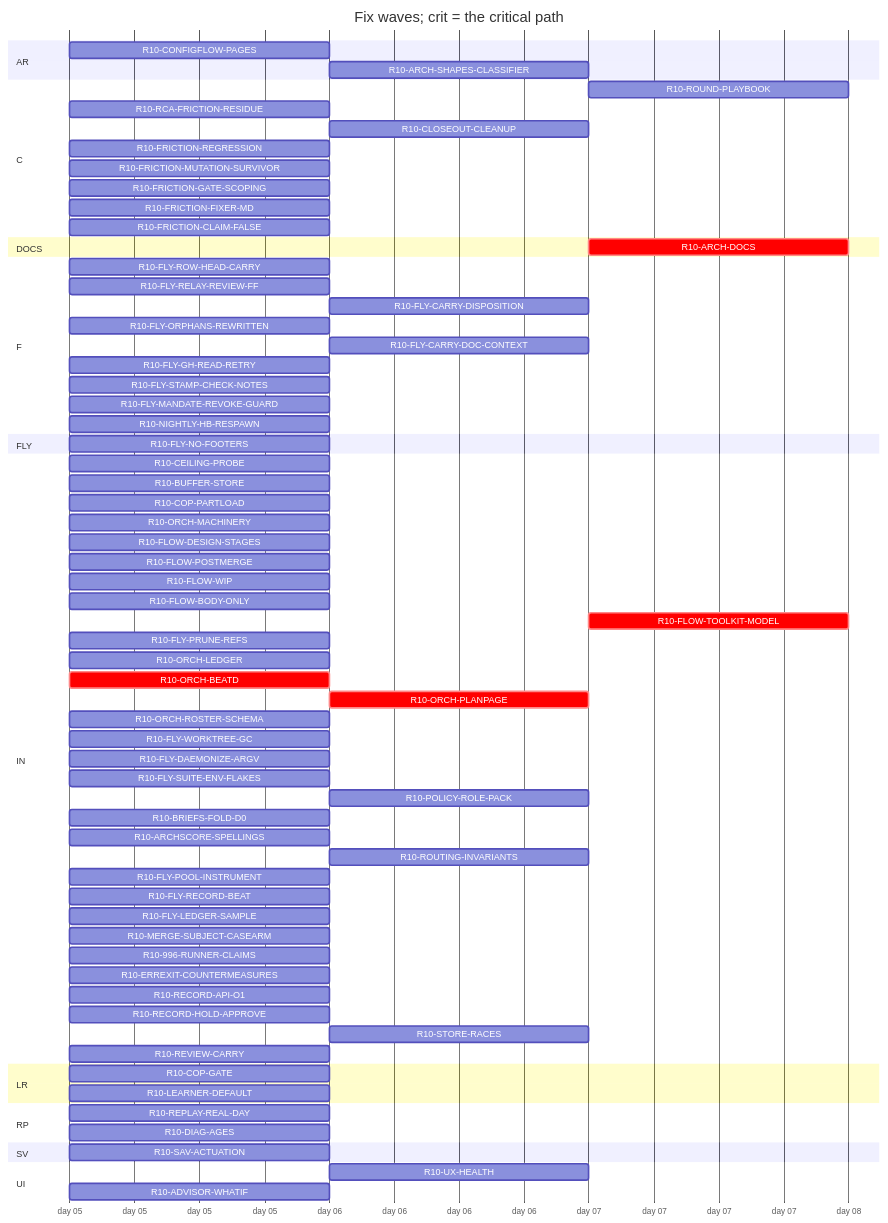
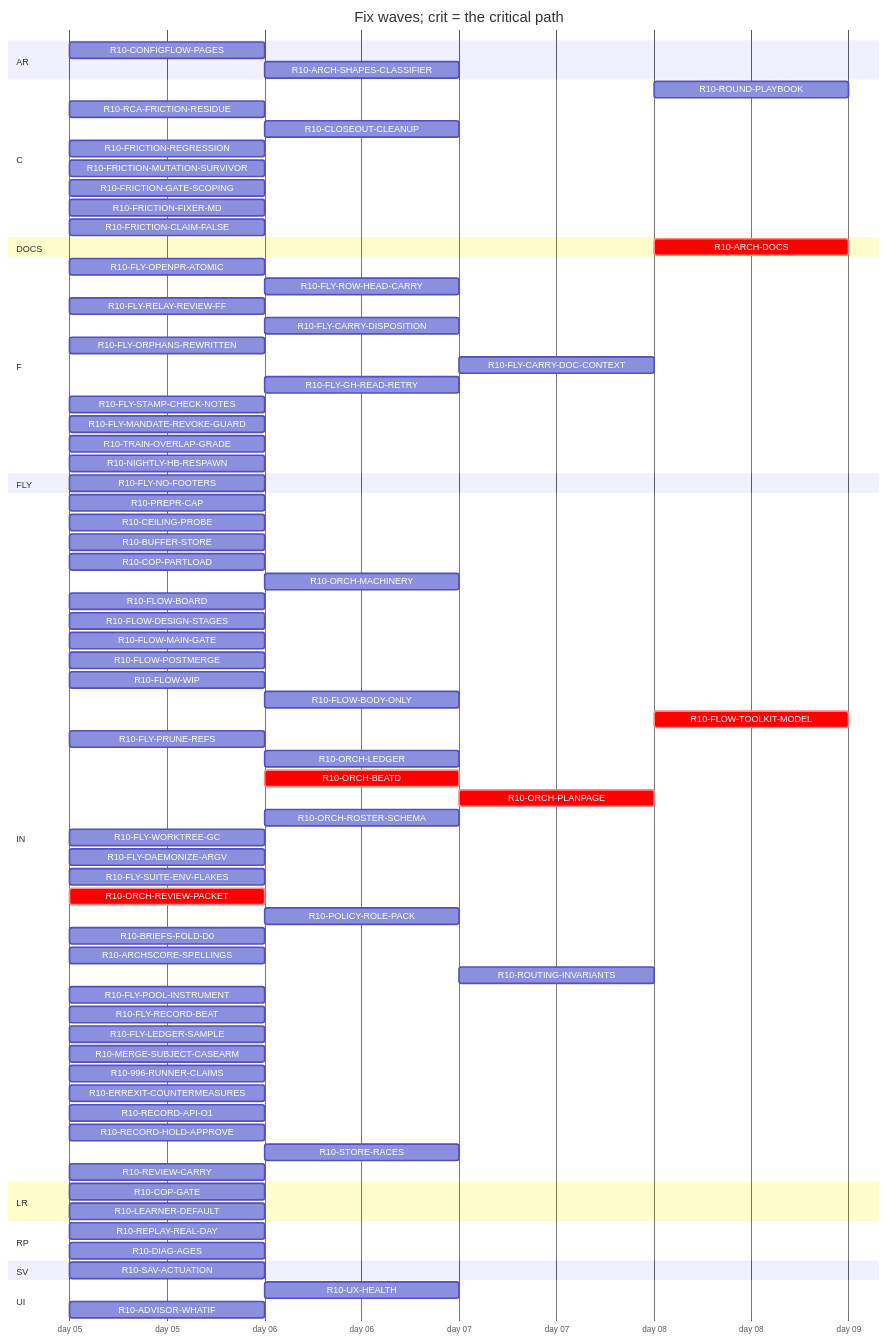
The diagram in handoff/round10/state/PLAN-TABLE.md (tvofi/heatpump_optimizer), drawn with Mermaid before and after one commit. The commit also changed other lines of this file and 3 other files, not shown here.

Commit message:
state: FLOW-BOARD.md, NEXT-SESSION-PROMPT.md, PLAN-TABLE.md, RESUME-CURRENT.md regenerated (state_docs.py)

````diff
--- a/handoff/round10/state/PLAN-TABLE.md
+++ b/handoff/round10/state/PLAN-TABLE.md
@@ -23,75 +23,81 @@
 ```mermaid
 gantt
   title Fix waves; crit = the critical path
   dateFormat YYYY-MM-DD
   axisFormat day %d
   section AR
     R10-CONFIGFLOW-PAGES :r10CONFIGFLOWPAGES, 2026-01-05, 1d
     R10-ARCH-SHAPES-CLASSIFIER :r10ARCHSHAPESCLASSIFIER, after r10996RUNNERCLAIMS, 1d
   section C
-    R10-ROUND-PLAYBOOK :r10ROUNDPLAYBOOK, after r10ORCHLEDGER r10ORCHBEATD r10ORCHPLANPAGE r10FLYRELAYREVIEWFF r10FLOWBODYONLY, 1d
+    R10-ROUND-PLAYBOOK :r10ROUNDPLAYBOOK, after r10ORCHLEDGER r10ORCHBEATD r10ORCHPLANPAGE r10FLOWMAINGATE r10FLYRELAYREVIEWFF r10FLOWBODYONLY, 1d
     R10-RCA-FRICTION-RESIDUE :r10RCAFRICTIONRESIDUE, 2026-01-05, 1d
     R10-CLOSEOUT-CLEANUP :r10CLOSEOUTCLEANUP, after r10FLYPRUNEREFS r10FLYWORKTREEGC, 1d
     R10-FRICTION-REGRESSION :r10FRICTIONREGRESSION, 2026-01-05, 1d
     R10-FRICTION-MUTATION-SURVIVOR :r10FRICTIONMUTATIONSURVIVOR, 2026-01-05, 1d
     R10-FRICTION-GATE-SCOPING :r10FRICTIONGATESCOPING, 2026-01-05, 1d
     R10-FRICTION-FIXER-MD :r10FRICTIONFIXERMD, 2026-01-05, 1d
     R10-FRICTION-CLAIM-FALSE :r10FRICTIONCLAIMFALSE, 2026-01-05, 1d
   section DOCS
-    R10-ARCH-DOCS :crit, r10ARCHDOCS, after r10COPGATE r10UXHEALTH r10CONFIGFLOWPAGES r10CEILINGPROBE r10BUFFERSTORE r10COPPARTLOAD r10LEARNERDEFAULT r10FLOWDESIGNSTAGES r10FLOWPOSTMERGE r10FLOWWIP r10FLOWBODYONLY r10FLYROWHEADCARRY r10FLYRELAYREVIEWFF r10FLYCARRYDISPOSITION r10FLYORPHANSREWRITTEN r10FLYCARRYDOCCONTEXT r10FLOWTOOLKITMODEL r10FLYSTAMPCHECKNOTES r10FLYMANDATEREVOKEGUARD r10RCAFRICTIONRESIDUE r10NIGHTLYHBRESPAWN r10FLYPRUNEREFS r10ORCHLEDGER r10ORCHBEATD r10ORCHPLANPAGE r10ORCHROSTERSCHEMA r10FLYWORKTREEGC r10FLYDAEMONIZEARGV r10POLICYROLEPACK r10BRIEFSFOLDD0 r10REPLAYREALDAY r10ARCHSCORESPELLINGS r10SAVACTUATION r10FLYLEDGERSAMPLE, 1d
+    R10-ARCH-DOCS :crit, r10ARCHDOCS, after r10COPGATE r10UXHEALTH r10CONFIGFLOWPAGES r10CEILINGPROBE r10BUFFERSTORE r10COPPARTLOAD r10LEARNERDEFAULT r10FLOWBOARD r10FLOWDESIGNSTAGES r10FLOWPOSTMERGE r10FLOWWIP r10FLOWBODYONLY r10FLYOPENPRATOMIC r10FLYROWHEADCARRY r10FLYRELAYREVIEWFF r10FLYCARRYDISPOSITION r10FLYORPHANSREWRITTEN r10FLYCARRYDOCCONTEXT r10FLOWTOOLKITMODEL r10FLYSTAMPCHECKNOTES r10FLYMANDATEREVOKEGUARD r10RCAFRICTIONRESIDUE r10TRAINOVERLAPGRADE r10NIGHTLYHBRESPAWN r10FLYPRUNEREFS r10ORCHLEDGER r10ORCHBEATD r10ORCHPLANPAGE r10ORCHROSTERSCHEMA r10FLYWORKTREEGC r10FLYDAEMONIZEARGV r10ORCHREVIEWPACKET r10POLICYROLEPACK r10BRIEFSFOLDD0 r10REPLAYREALDAY r10ARCHSCORESPELLINGS r10SAVACTUATION r10FLYLEDGERSAMPLE, 1d
   section F
-    R10-FLY-ROW-HEAD-CARRY :r10FLYROWHEADCARRY, 2026-01-05, 1d
+    R10-FLY-OPENPR-ATOMIC :r10FLYOPENPRATOMIC, 2026-01-05, 1d
+    R10-FLY-ROW-HEAD-CARRY :r10FLYROWHEADCARRY, after r10FLYOPENPRATOMIC, 1d
     R10-FLY-RELAY-REVIEW-FF :r10FLYRELAYREVIEWFF, 2026-01-05, 1d
     R10-FLY-CARRY-DISPOSITION :r10FLYCARRYDISPOSITION, after r10FLYORPHANSREWRITTEN, 1d
     R10-FLY-ORPHANS-REWRITTEN :r10FLYORPHANSREWRITTEN, 2026-01-05, 1d
     R10-FLY-CARRY-DOC-CONTEXT :r10FLYCARRYDOCCONTEXT, after r10FLYGHREADRETRY, 1d
-    R10-FLY-GH-READ-RETRY :r10FLYGHREADRETRY, 2026-01-05, 1d
+    R10-FLY-GH-READ-RETRY :r10FLYGHREADRETRY, after r10FLOWMAINGATE, 1d
     R10-FLY-STAMP-CHECK-NOTES :r10FLYSTAMPCHECKNOTES, 2026-01-05, 1d
     R10-FLY-MANDATE-REVOKE-GUARD :r10FLYMANDATEREVOKEGUARD, 2026-01-05, 1d
+    R10-TRAIN-OVERLAP-GRADE :r10TRAINOVERLAPGRADE, 2026-01-05, 1d
     R10-NIGHTLY-HB-RESPAWN :r10NIGHTLYHBRESPAWN, 2026-01-05, 1d
   section FLY
     R10-FLY-NO-FOOTERS :r10FLYNOFOOTERS, 2026-01-05, 1d
   section IN
+    R10-PREPR-CAP :r10PREPRCAP, 2026-01-05, 1d
     R10-CEILING-PROBE :r10CEILINGPROBE, 2026-01-05, 1d
     R10-BUFFER-STORE :r10BUFFERSTORE, 2026-01-05, 1d
     R10-COP-PARTLOAD :r10COPPARTLOAD, 2026-01-05, 1d
-    R10-ORCH-MACHINERY :r10ORCHMACHINERY, 2026-01-05, 1d
+    R10-ORCH-MACHINERY :r10ORCHMACHINERY, after r10FLOWMAINGATE, 1d
+    R10-FLOW-BOARD :r10FLOWBOARD, 2026-01-05, 1d
     R10-FLOW-DESIGN-STAGES :r10FLOWDESIGNSTAGES, 2026-01-05, 1d
+    R10-FLOW-MAIN-GATE :r10FLOWMAINGATE, 2026-01-05, 1d
     R10-FLOW-POSTMERGE :r10FLOWPOSTMERGE, 2026-01-05, 1d
     R10-FLOW-WIP :r10FLOWWIP, 2026-01-05, 1d
-    R10-FLOW-BODY-ONLY :r10FLOWBODYONLY, 2026-01-05, 1d
+    R10-FLOW-BODY-ONLY :r10FLOWBODYONLY, after r10FLYOPENPRATOMIC, 1d
     R10-FLOW-TOOLKIT-MODEL :crit, r10FLOWTOOLKITMODEL, after r10ORCHPLANPAGE, 1d
     R10-FLY-PRUNE-REFS :r10FLYPRUNEREFS, 2026-01-05, 1d
-    R10-ORCH-LEDGER :r10ORCHLEDGER, 2026-01-05, 1d
-    R10-ORCH-BEATD :crit, r10ORCHBEATD, 2026-01-05, 1d
+    R10-ORCH-LEDGER :r10ORCHLEDGER, after r10FLOWMAINGATE, 1d
+    R10-ORCH-BEATD :crit, r10ORCHBEATD, after r10ORCHREVIEWPACKET, 1d
     R10-ORCH-PLANPAGE :crit, r10ORCHPLANPAGE, after r10ORCHBEATD, 1d
-    R10-ORCH-ROSTER-SCHEMA :r10ORCHROSTERSCHEMA, 2026-01-05, 1d
+    R10-ORCH-ROSTER-SCHEMA :r10ORCHROSTERSCHEMA, after r10FLOWMAINGATE, 1d
     R10-FLY-WORKTREE-GC :r10FLYWORKTREEGC, 2026-01-05, 1d
     R10-FLY-DAEMONIZE-ARGV :r10FLYDAEMONIZEARGV, 2026-01-05, 1d
     R10-FLY-SUITE-ENV-FLAKES :r10FLYSUITEENVFLAKES, 2026-01-05, 1d
+    R10-ORCH-REVIEW-PACKET :crit, r10ORCHREVIEWPACKET, 2026-01-05, 1d
     R10-POLICY-ROLE-PACK :r10POLICYROLEPACK, after r10FLOWDESIGNSTAGES, 1d
     R10-BRIEFS-FOLD-D0 :r10BRIEFSFOLDD0, 2026-01-05, 1d
     R10-ARCHSCORE-SPELLINGS :r10ARCHSCORESPELLINGS, 2026-01-05, 1d
     R10-ROUTING-INVARIANTS :r10ROUTINGINVARIANTS, after r10ORCHROSTERSCHEMA, 1d
     R10-FLY-POOL-INSTRUMENT :r10FLYPOOLINSTRUMENT, 2026-01-05, 1d
     R10-FLY-RECORD-BEAT :r10FLYRECORDBEAT, 2026-01-05, 1d
     R10-FLY-LEDGER-SAMPLE :r10FLYLEDGERSAMPLE, 2026-01-05, 1d
     R10-MERGE-SUBJECT-CASEARM :r10MERGESUBJECTCASEARM, 2026-01-05, 1d
     R10-996-RUNNER-CLAIMS :r10996RUNNERCLAIMS, 2026-01-05, 1d
     R10-ERREXIT-COUNTERMEASURES :r10ERREXITCOUNTERMEASURES, 2026-01-05, 1d
     R10-RECORD-API-O1 :r10RECORDAPIO1, 2026-01-05, 1d
     R10-RECORD-HOLD-APPROVE :r10RECORDHOLDAPPROVE, 2026-01-05, 1d
     R10-STORE-RACES :r10STORERACES, after r10BUFFERSTORE, 1d
     R10-REVIEW-CARRY :r10REVIEWCARRY, 2026-01-05, 1d
   section LR
     R10-COP-GATE :r10COPGATE, 2026-01-05, 1d
     R10-LEARNER-DEFAULT :r10LEARNERDEFAULT, 2026-01-05, 1d
   section RP
     R10-REPLAY-REAL-DAY :r10REPLAYREALDAY, 2026-01-05, 1d
     R10-DIAG-AGES :r10DIAGAGES, 2026-01-05, 1d
   section SV
     R10-SAV-ACTUATION :r10SAVACTUATION, 2026-01-05, 1d
   section UI
     R10-UX-HEALTH :r10UXHEALTH, after r10COPGATE, 1d
     R10-ADVISOR-WHATIF :r10ADVISORWHATIF, 2026-01-05, 1d
 ```
````
